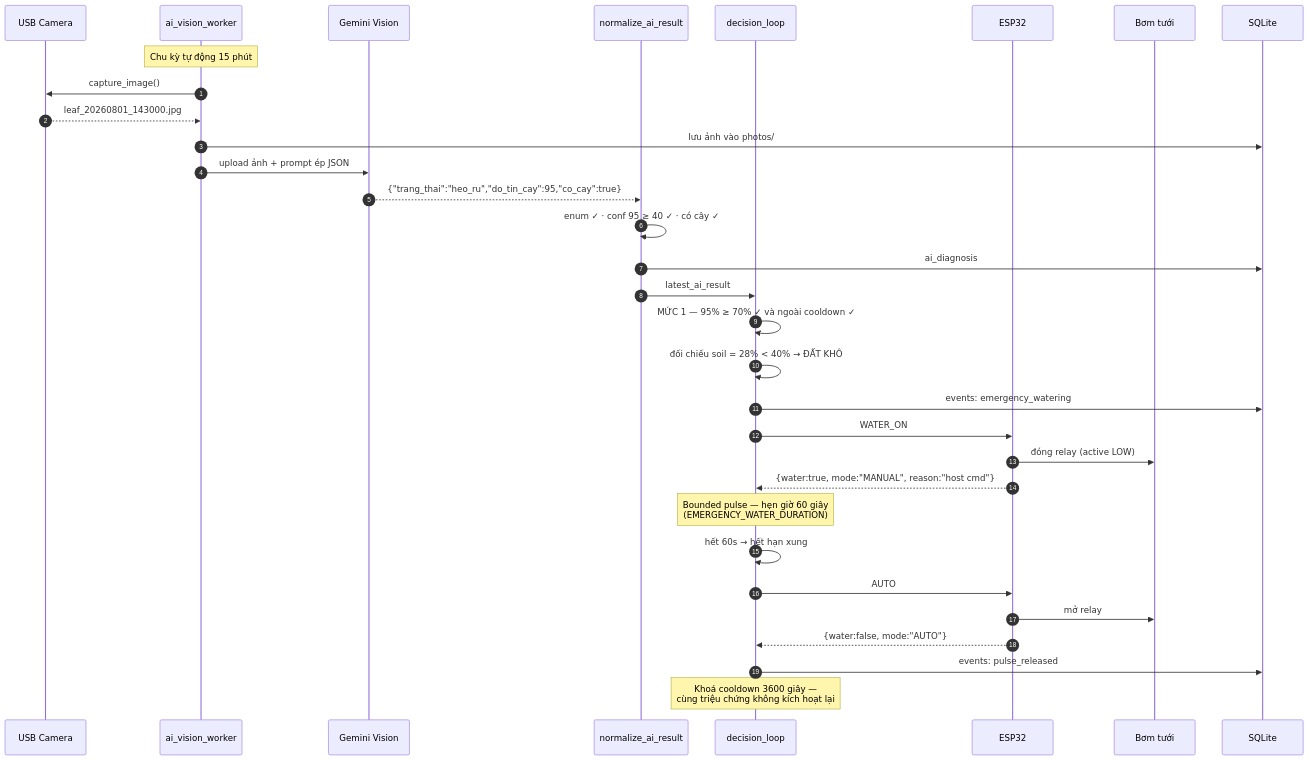
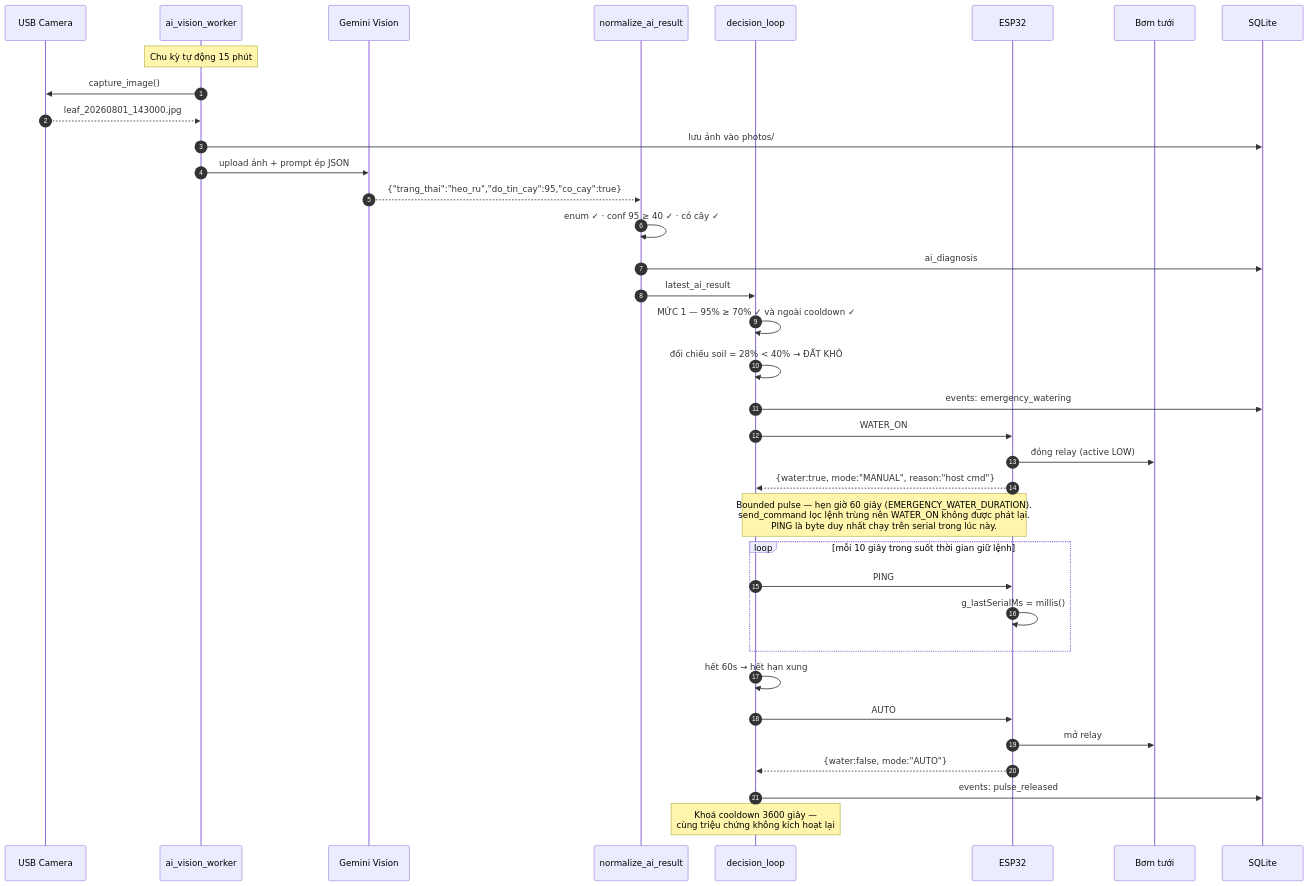
The fourth of 8 diagrams in doc/smart_garden_diagrams_v2.md (dtc245010034-rgb/Home-Garden-An-IoT-AI-System-for-Automated-Plant-Care-last), drawn with Mermaid before and after one commit. The commit also changed other lines of this file and 5 other files, not shown here.

First line of the commit message:
Viết lại tài liệu theo văn phong nộp báo cáo; vẽ PING và watchdog vào sơ đồ

````diff
--- a/doc/smart_garden_diagrams_v2.md
+++ b/doc/smart_garden_diagrams_v2.md
@@ -178,38 +188,43 @@
 ```mermaid
 sequenceDiagram
     autonumber
     participant CAM as USB Camera
     participant AIW as ai_vision_worker
     participant GEM as Gemini Vision
     participant VAL as normalize_ai_result
     participant DL as decision_loop
     participant ESP as ESP32
     participant PUMP as Bơm tưới
     participant DB as SQLite
 
     Note over AIW: Chu kỳ tự động 15 phút
     AIW->>CAM: capture_image()
     CAM-->>AIW: leaf_20260801_143000.jpg
     AIW->>DB: lưu ảnh vào photos/
     AIW->>GEM: upload ảnh + prompt ép JSON
     GEM-->>VAL: {"trang_thai":"heo_ru","do_tin_cay":95,"co_cay":true}
     VAL->>VAL: enum ✓ · conf 95 ≥ 40 ✓ · có cây ✓
     VAL->>DB: ai_diagnosis
     VAL->>DL: latest_ai_result
 
     DL->>DL: MỨC 1 — 95% ≥ 70% ✓ và ngoài cooldown ✓
     DL->>DL: đối chiếu soil = 28% < 40% → ĐẤT KHÔ
     DL->>DB: events: emergency_watering
     DL->>ESP: WATER_ON
     ESP->>PUMP: đóng relay (active LOW)
     ESP-->>DL: {water:true, mode:"MANUAL", reason:"host cmd"}
 
-    Note over DL: Bounded pulse — hẹn giờ 60 giây<br/>(EMERGENCY_WATER_DURATION)
+    Note over DL,ESP: Bounded pulse — hẹn giờ 60 giây (EMERGENCY_WATER_DURATION).<br/>send_command lọc lệnh trùng nên WATER_ON không được phát lại.<br/>PING là byte duy nhất chạy trên serial trong lúc này.
+    loop mỗi 10 giây trong suốt thời gian giữ lệnh
+        DL->>ESP: PING
+        ESP->>ESP: g_lastSerialMs = millis()
+    end
+
     DL->>DL: hết 60s → hết hạn xung
     DL->>ESP: AUTO
     ESP->>PUMP: mở relay
     ESP-->>DL: {water:false, mode:"AUTO"}
     DL->>DB: events: pulse_released
 
     Note over DL: Khoá cooldown 3600 giây —<br/>cùng triệu chứng không kích hoạt lại
 ```
````
